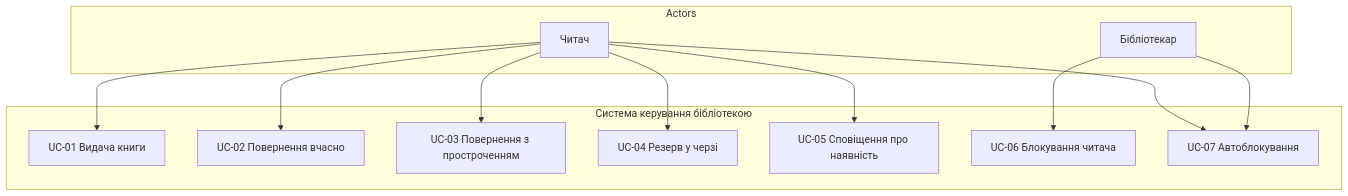
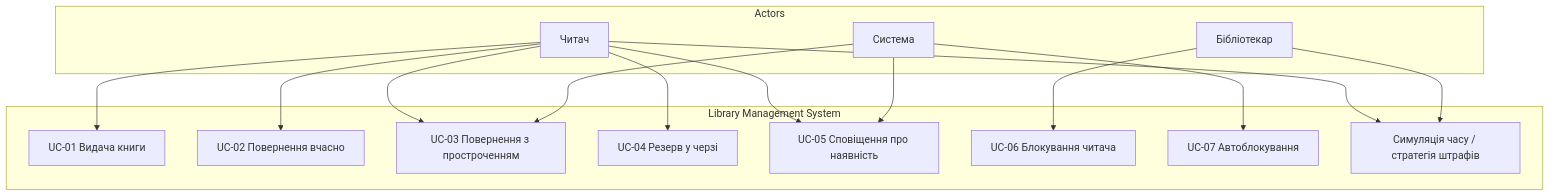
The diagram in docs/diagrams/use_cases.md (nststl/project_analyz_refacor), drawn with Mermaid before and after one commit. The commit also changed other lines of this file and 13 other files, not shown here.

````diff
--- a/docs/diagrams/use_cases.md
+++ b/docs/diagrams/use_cases.md
@@ -3,24 +3,29 @@
 ```mermaid
 flowchart TB
   subgraph Actors
     R[Читач]
     L[Бібліотекар]
+    S[Система]
   end
-  subgraph System[Система керування бібліотекою]
+  subgraph System[Library Management System]
     UC1[UC-01 Видача книги]
     UC2[UC-02 Повернення вчасно]
     UC3[UC-03 Повернення з простроченням]
     UC4[UC-04 Резерв у черзі]
     UC5[UC-05 Сповіщення про наявність]
     UC6[UC-06 Блокування читача]
     UC7[UC-07 Автоблокування]
+    UC8[Симуляція часу / стратегія штрафів]
   end
   R --> UC1
   R --> UC2
   R --> UC3
   R --> UC4
   R --> UC5
+  R --> UC8
   L --> UC6
-  R --> UC7
-  L --> UC7
+  L --> UC8
+  S --> UC3
+  S --> UC5
+  S --> UC7
 ```
````
